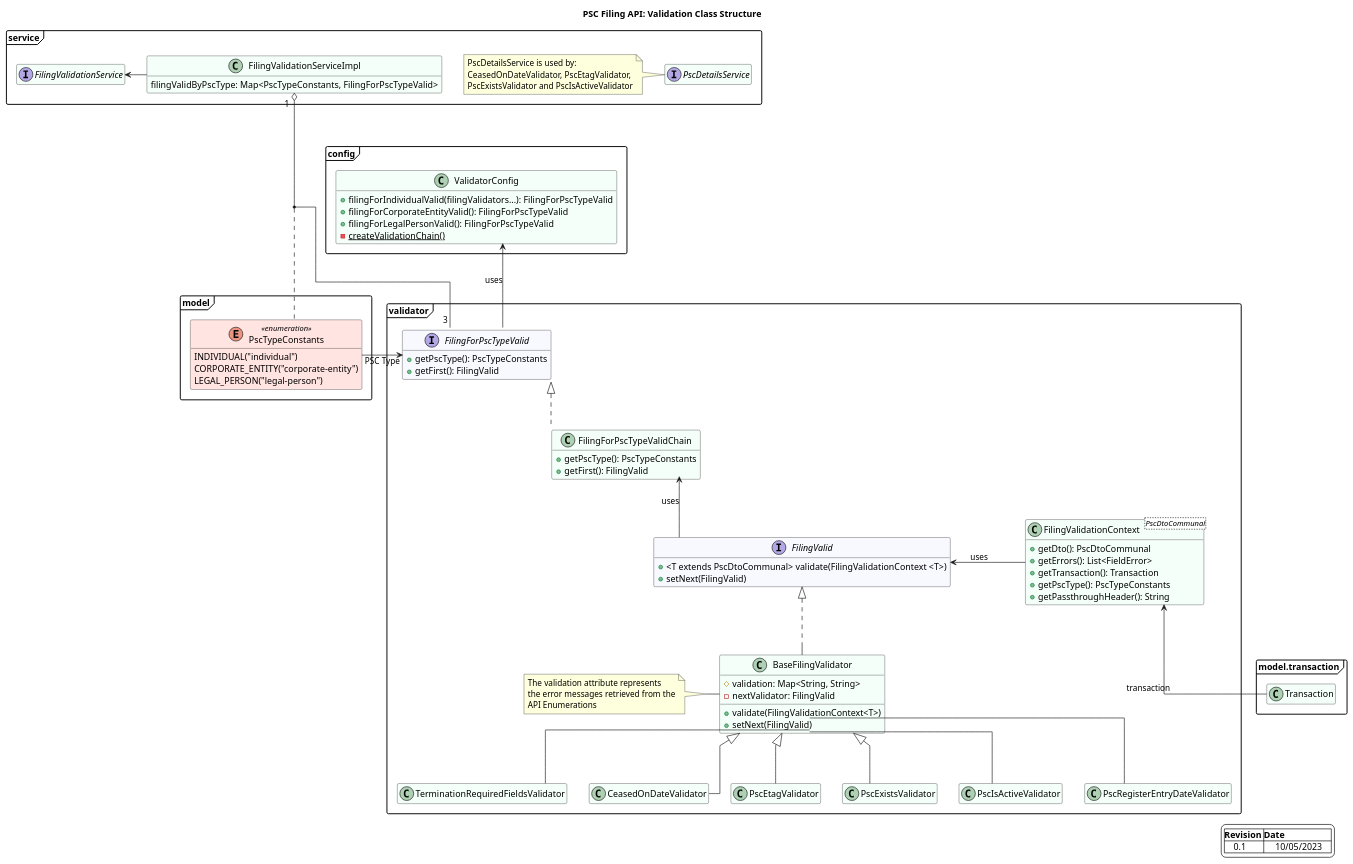
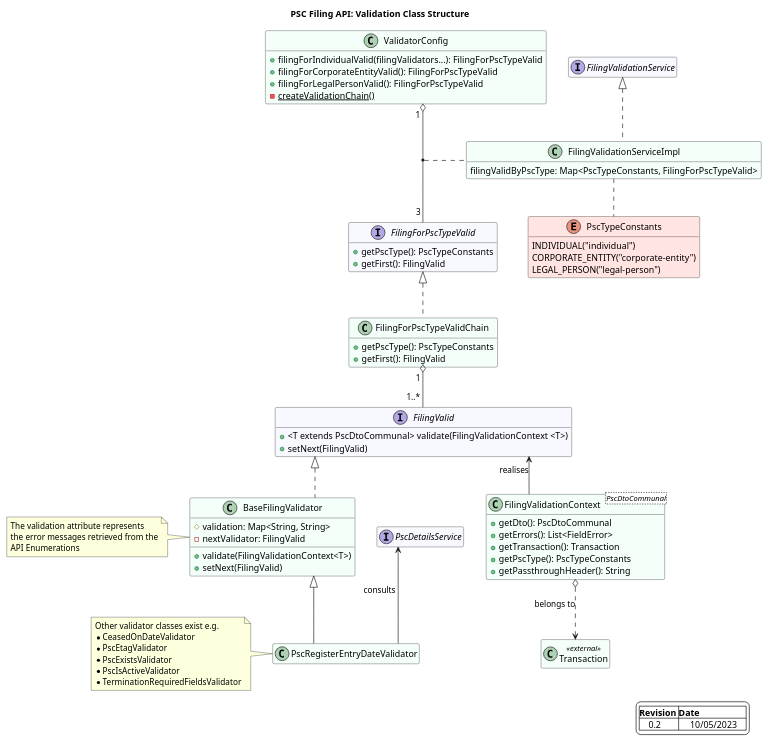
One commit to companieshouse/psc-filing-api changed the diagram in docs/Validation Class Structure.puml. Above: the diagram before and after it, drawn with PlantUML.

Commit message:
Updated
First review

PSC-116

```diff
--- a/docs/Validation Class Structure.puml
+++ b/docs/Validation Class Structure.puml
@@ -1,151 +1,102 @@
 @startuml
 
 title PSC Filing API: Validation Class Structure
 skinparam BackgroundColor White
 skinparam PackageBackgroundColor White
 skinparam ArrowPadding 2
 skinparam linetype ortho
 skinparam packageStyle frame
-skinparam groupInheritance 3
+skinparam groupInheritance 2
 'skinparam style strictuml
 'for grouping package names
 hide empty members
 set separator none
 
 legend right
 |=Revision |=Date |
-|    0.1    |     10/05/2023    |
+|    0.2    |     10/05/2023    |
 end legend
 
 skinparam class {
   BackgroundColor MintCream
 }
-skinparam class<<enumeration>> {
-  BackgroundColor MistyRose
-}
-
-
-
-package model.transaction {
-    class Transaction
-}
-
-package validator {
-
+    class Transaction <<external>>
     note as note1
      The validation attribute represents
      the error messages retrieved from the
      API Enumerations
     end note
 
         interface FilingValid #GhostWhite{
         +<T extends PscDtoCommunal> validate(FilingValidationContext <T>)
         +setNext(FilingValid)
     }
 
     interface FilingForPscTypeValid #GhostWhite{
         +getPscType(): PscTypeConstants
         +getFirst(): FilingValid
     }
 
     class BaseFilingValidator implements FilingValid {
         #validation: Map<String, String>
         -nextValidator: FilingValid
         +validate(FilingValidationContext<T>)
         +setNext(FilingValid)
     }
     note1 . BaseFilingValidator
 
     class FilingForPscTypeValidChain implements FilingForPscTypeValid {
         +getPscType(): PscTypeConstants
         +getFirst(): FilingValid
     }
 
     class FilingValidationContext <PscDtoCommunal> {
         +getDto(): PscDtoCommunal
         +getErrors(): List<FieldError>
         +getTransaction(): Transaction
         +getPscType(): PscTypeConstants
         +getPassthroughHeader(): String
     }
 
-'left to right direction
-'top to bottom direction
-        class TerminationRequiredFieldsValidator extends BaseFilingValidator
-        class CeasedOnDateValidator extends BaseFilingValidator
-        class PscEtagValidator extends BaseFilingValidator
-        class PscExistsValidator extends BaseFilingValidator
-        class PscIsActiveValidator extends BaseFilingValidator
-        class PscRegisterEntryDateValidator extends BaseFilingValidator
-}
+   class PscRegisterEntryDateValidator extends BaseFilingValidator
 
-package service {
+   note as note2
+         Other validator classes exist e.g.
+         *CeasedOnDateValidator
+         *PscEtagValidator
+         *PscExistsValidator
+         *PscIsActiveValidator
+         *TerminationRequiredFieldsValidator
+   end note
+   note2 - PscRegisterEntryDateValidator
 
-    interface PscDetailsService
+   interface PscDetailsService #GhostWhite
 
-    interface FilingValidationService
+   interface FilingValidationService #GhostWhite
 
-    class FilingValidationServiceImpl {
+    class FilingValidationServiceImpl implements FilingValidationService {
         filingValidByPscType: Map<PscTypeConstants, FilingForPscTypeValid>
     }
 
-   note as note2
-         PscDetailsService is used by:
-         CeasedOnDateValidator, PscEtagValidator,
-         PscExistsValidator and PscIsActiveValidator
-   end note
-
-   'note2 -up- PscDetailsService
-   note2 - PscDetailsService
-
-}
-
-package model {
-
-    enum PscTypeConstants <<enumeration>> {
+    enum PscTypeConstants #MistyRose {
         INDIVIDUAL("individual")
         CORPORATE_ENTITY("corporate-entity")
         LEGAL_PERSON("legal-person")
         }
-}
-
-package config {
 
     class ValidatorConfig {
         +filingForIndividualValid(filingValidators...): FilingForPscTypeValid
         +filingForCorporateEntityValid(): FilingForPscTypeValid
         +filingForLegalPersonValid(): FilingForPscTypeValid
         {static}-createValidationChain()
     }
 
-}
-
-    FilingForPscTypeValid::getPscType <- PscTypeConstants: PSC Type
-    FilingValidationContext <--Transaction: transaction
-    FilingValid <- FilingValidationContext: "uses"
-    ValidatorConfig <--- FilingForPscTypeValid: "uses"
-    FilingForPscTypeValidChain::getFirst <-- FilingValid: "uses"
-
-    FilingValidationService <- FilingValidationServiceImpl
-    FilingValidationServiceImpl "1  " o--- "3" FilingForPscTypeValid
-    (FilingForPscTypeValid, FilingValidationServiceImpl)..PscTypeConstants
-    'PscDetailsService <. (CeasedOnDateValidator, PscEtagValidator): "uses"
-    'PscDetailsService <. (PscExistsValidator, PscIsActiveValidator): 'uses'
-    'PscDetailsService <- PscEtagValidator: "uses"
-    'PscDetailsService <- PscExistsValidator: "uses"
-    'PscDetailsService <- PscIsActiveValidator: "uses"
-    'PscDetailsService <- PscRegisterEntryDateValidator:"uses"
-
-
-    'BaseFilingValidator <||-d- CeasedOnDateValidator
-    'BaseFilingValidator <||- PscEtagValidator
-   ' BaseFilingValidator <||-d- PscExistsValidator
-    'BaseFilingValidator  <||-d- PscIsActiveValidator
-    'BaseFilingValidator  <||-d- PscRegisterEntryDateValidator
-    'BaseFilingValidator  <||- TerminationRequiredFieldsValidator
-
-    'CeasedOnDateValidator -[hidden]> PscEtagValidator
-    'PscExistsValidator -[hidden]> PscIsActiveValidator
-    'PscRegisterEntryDateValidator -[hidden]> TerminationRequiredFieldsValidator
+    FilingValidationContext o..>Transaction: belongs to
+    FilingValid <-- FilingValidationContext: "realises"
+    ValidatorConfig "1  " o-- "3 "FilingForPscTypeValid
+    FilingForPscTypeValidChain::getFirst "1 " o-- "1..* " FilingValid
+    (FilingForPscTypeValid, ValidatorConfig)..FilingValidationServiceImpl
+    FilingValidationServiceImpl .. PscTypeConstants
+    PscDetailsService <-- PscRegisterEntryDateValidator:"consults "
 
 @enduml
```
